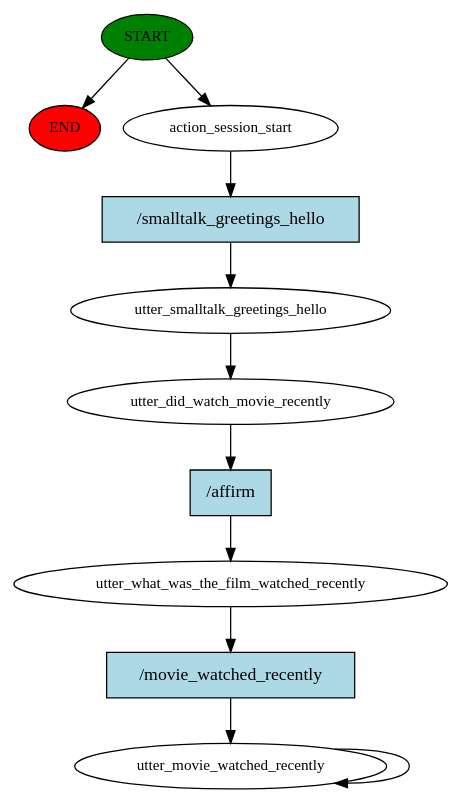
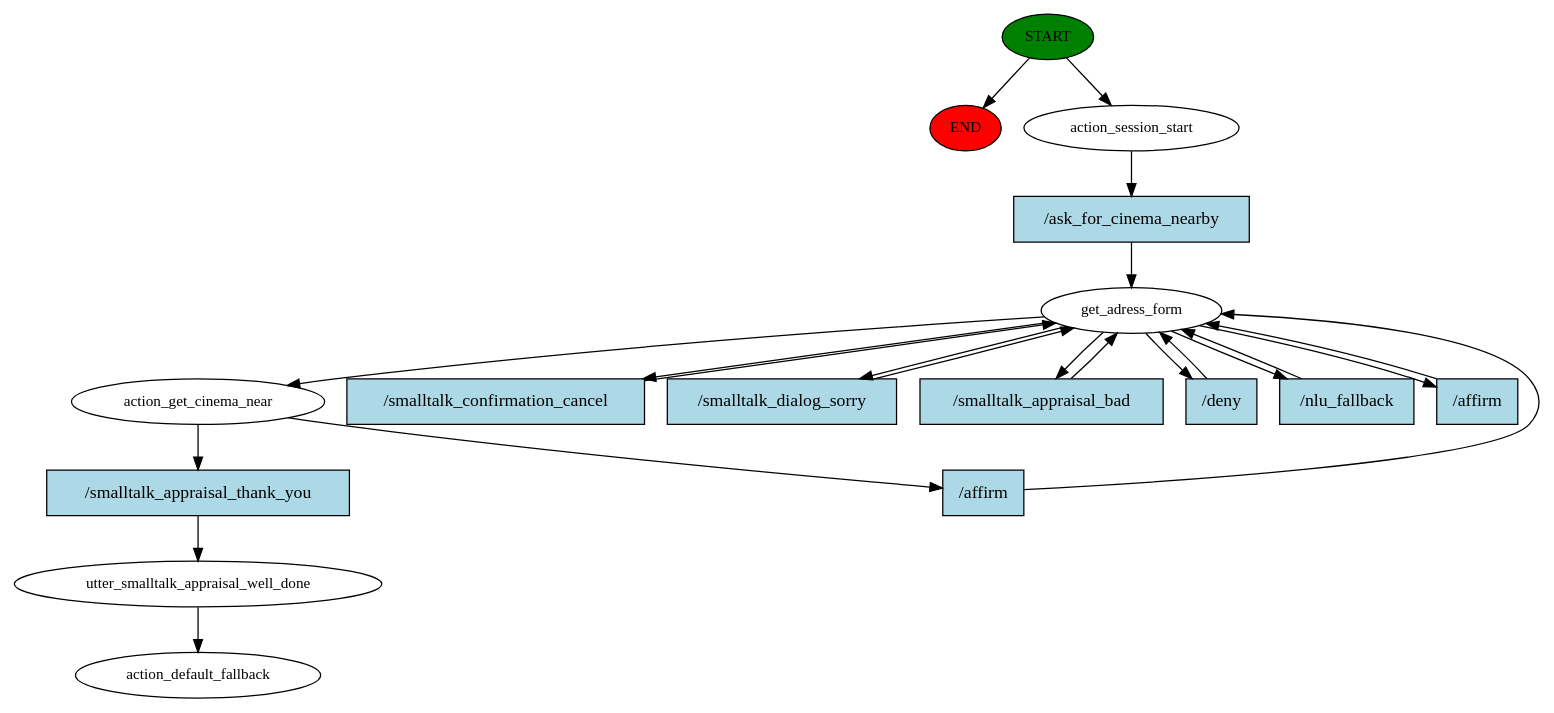
Before and after one commit to taredalen/pde-data-science: the diagram in chatbot/story_graph.dot, drawn with Graphviz. The commit also changed 377 other files, not shown here.

Commit message:
bot can tell user what cinemas are nearby

```diff
--- a/chatbot/story_graph.dot
+++ b/chatbot/story_graph.dot
@@ -1,22 +1,40 @@
 digraph  {
 0 [class="start active", fillcolor=green, fontsize=12, label=START, style=filled];
 "-1" [class=end, fillcolor=red, fontsize=12, label=END, style=filled];
 1 [class=active, fontsize=12, label=action_session_start];
-2 [class=active, fontsize=12, label=utter_smalltalk_greetings_hello];
-3 [class=active, fontsize=12, label=utter_did_watch_movie_recently];
-4 [class=active, fontsize=12, label=utter_what_was_the_film_watched_recently];
-5 [class="active dashed", fontsize=12, label=utter_movie_watched_recently];
-7 [class="intent active", fillcolor=lightblue, label="/smalltalk_greetings_hello", shape=rect, style=filled];
-8 [class="intent active", fillcolor=lightblue, label="/affirm", shape=rect, style=filled];
-9 [class="intent active", fillcolor=lightblue, label="/movie_watched_recently", shape=rect, style=filled];
+2 [class=active, fontsize=12, label=get_adress_form];
+7 [class=active, fontsize=12, label=action_get_cinema_near];
+14 [class=active, fontsize=12, label=utter_smalltalk_appraisal_well_done];
+15 [class="dashed active", fontsize=12, label=action_default_fallback];
+16 [class="intent active", fillcolor=lightblue, label="/ask_for_cinema_nearby", shape=rect, style=filled];
+17 [class="intent active", fillcolor=lightblue, label="/smalltalk_confirmation_cancel", shape=rect, style=filled];
+18 [class="intent active", fillcolor=lightblue, label="/smalltalk_dialog_sorry", shape=rect, style=filled];
+19 [class="intent active", fillcolor=lightblue, label="/smalltalk_appraisal_bad", shape=rect, style=filled];
+20 [class="intent active", fillcolor=lightblue, label="/deny", shape=rect, style=filled];
+21 [class="intent active", fillcolor=lightblue, label="/nlu_fallback", shape=rect, style=filled];
+22 [class="intent active", fillcolor=lightblue, label="/affirm", shape=rect, style=filled];
+23 [class="intent active", fillcolor=lightblue, label="/affirm", shape=rect, style=filled];
+24 [class="intent active", fillcolor=lightblue, label="/smalltalk_appraisal_thank_you", shape=rect, style=filled];
 0 -> "-1"  [class="", key=NONE, label=""];
 0 -> 1  [class=active, key=NONE, label=""];
-1 -> 7  [class=active, key=0];
-2 -> 3  [class=active, key=NONE, label=""];
-3 -> 8  [class=active, key=0];
-4 -> 9  [class=active, key=0];
-5 -> 5  [class=active, key=NONE, label=""];
-7 -> 2  [class=active, key=0];
-8 -> 4  [class=active, key=0];
-9 -> 5  [class=active, key=0];
+1 -> 16  [class=active, key=0];
+2 -> 7  [class=active, key=NONE, label=""];
+2 -> 17  [class=active, key=0];
+2 -> 18  [class=active, key=0];
+2 -> 19  [class=active, key=0];
+2 -> 20  [class=active, key=0];
+2 -> 21  [class=active, key=0];
+2 -> 22  [class=active, key=0];
+7 -> 23  [class=active, key=0];
+7 -> 24  [class=active, key=0];
+14 -> 15  [class=active, key=NONE, label=""];
+16 -> 2  [class=active, key=0];
+17 -> 2  [class=active, key=0];
+18 -> 2  [class=active, key=0];
+19 -> 2  [class=active, key=0];
+20 -> 2  [class=active, key=0];
+21 -> 2  [class=active, key=0];
+22 -> 2  [class=active, key=0];
+23 -> 2  [class=active, key=0];
+24 -> 14  [class=active, key=0];
 }
```
